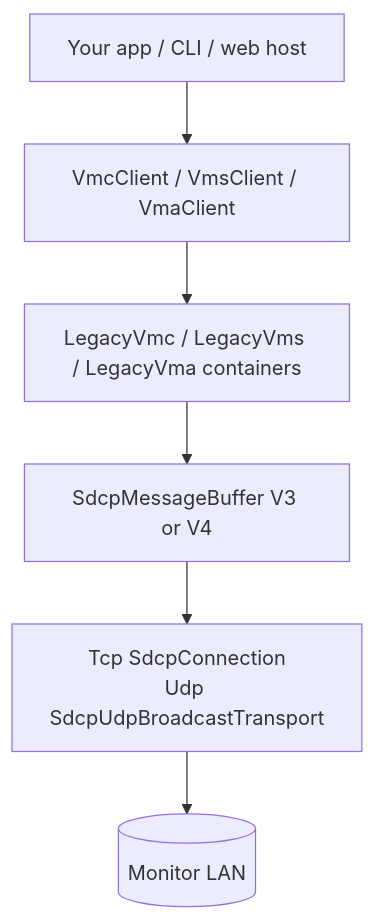
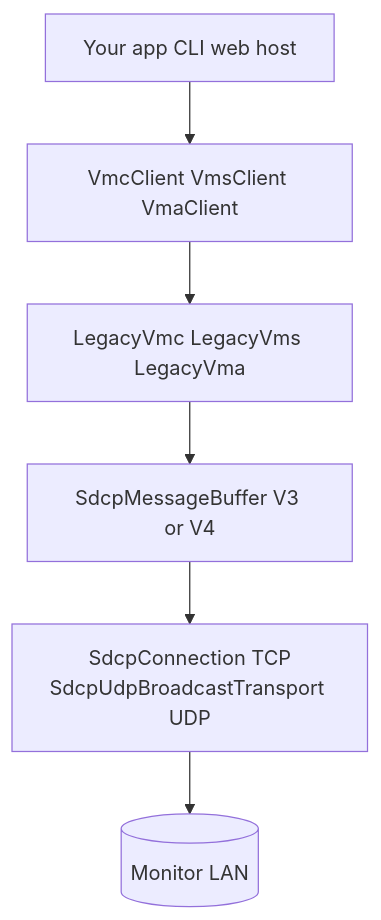
Before and after one commit to andrew867/MonitorControlSDK: diagram 13 of 13 in docs/diagrams/monitor-control-flows.md, drawn with Mermaid. The commit also changed other lines of this file and 23 other files, not shown here.

First line of the commit message:
docs: diagrams and cross-refs for ESP32 native SDCP, Python proxy

````diff
--- a/docs/diagrams/monitor-control-flows.md
+++ b/docs/diagrams/monitor-control-flows.md
@@ -190,11 +306,11 @@
 ```mermaid
 flowchart TB
-  App[Your app / CLI / web host]
+  App[Your app CLI web host]
 
-  App --> Clients[VmcClient / VmsClient / VmaClient]
-  Clients --> Containers[LegacyVmc / LegacyVms / LegacyVma containers]
+  App --> Clients[VmcClient VmsClient VmaClient]
+  Clients --> Containers[LegacyVmc LegacyVms LegacyVma]
   Containers --> Buf[SdcpMessageBuffer V3 or V4]
-  Buf --> Transports[Tcp SdcpConnection<br/>Udp SdcpUdpBroadcastTransport]
+  Buf --> Transports[SdcpConnection TCP<br/>SdcpUdpBroadcastTransport UDP]
 
   Transports --> Mon[(Monitor LAN)]
 ```
````
